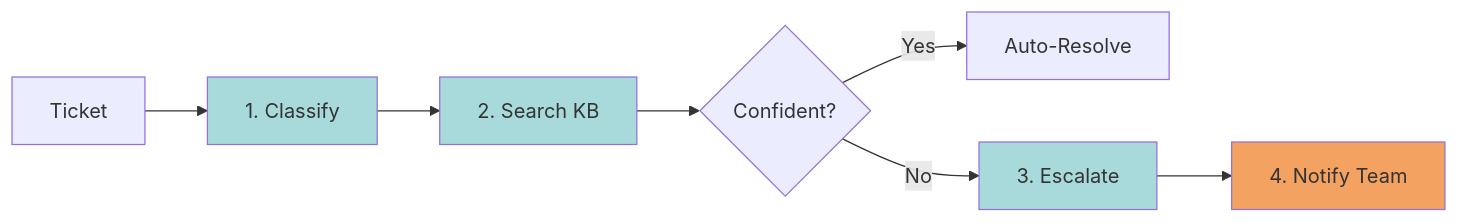
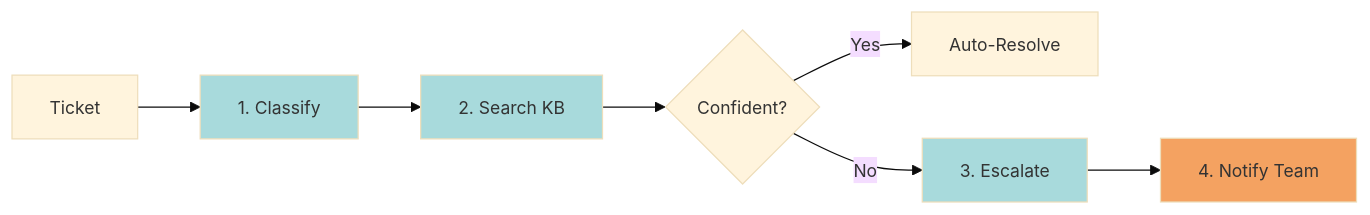
Before and after one commit to nicklotz/orkes-multiagent-workflow: the first of 2 diagrams in blog-post.md, drawn with Mermaid.

Commit message:
Reduce mermaid diagram font size to prevent text cutoff

````diff
--- a/blog-post.md
+++ b/blog-post.md
@@ -25,14 +25,15 @@
 ```mermaid
+%%{init: {'theme':'base', 'themeVariables': {'fontSize':'14px'}}}%%
 flowchart LR
     A[Ticket] --> B[1. Classify]
     B --> C[2. Search KB]
     C --> D{Confident?}
     D -->|Yes| E[Auto-Resolve]
     D -->|No| F[3. Escalate]
     F --> G[4. Notify Team]
 
     style B fill:#a8dadc
     style C fill:#a8dadc
     style F fill:#a8dadc
     style G fill:#f4a261
 ```
````
